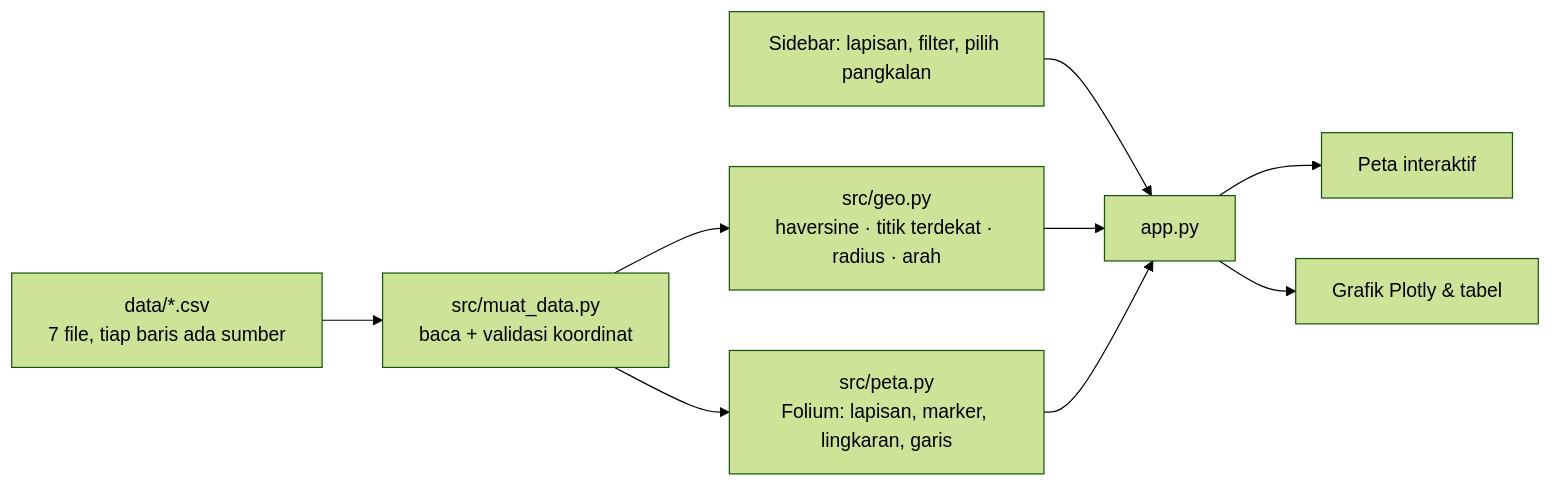
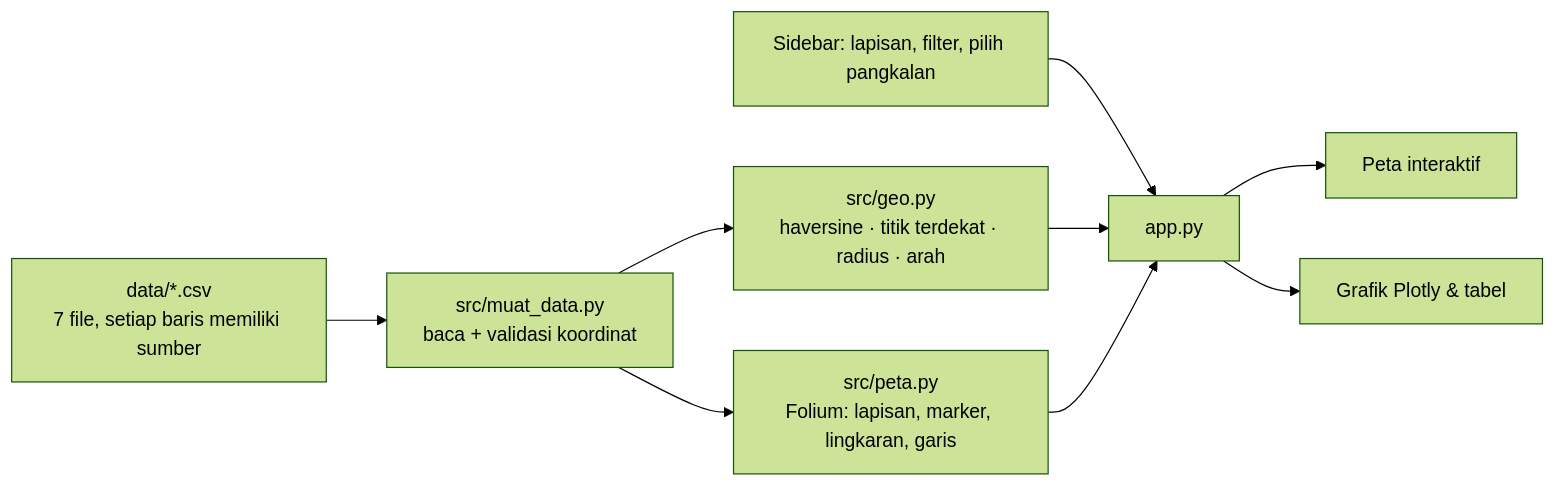
One commit to Avalon2222/indonesia-defense-gis changed the diagram in README.md. Above: the diagram before and after it, drawn with Mermaid (forest theme). The commit also changed other lines of this file and 5 other files, not shown here.

````diff
--- a/README.md
+++ b/README.md
@@ -54,11 +54,11 @@
 ```mermaid
 flowchart LR
-    A[data/*.csv<br/>7 file, tiap baris ada sumber] --> B[src/muat_data.py<br/>baca + validasi koordinat]
+    A[data/*.csv<br/>7 file, setiap baris memiliki sumber] --> B[src/muat_data.py<br/>baca + validasi koordinat]
     B --> C[src/geo.py<br/>haversine · titik terdekat · radius · arah]
     B --> D[src/peta.py<br/>Folium: lapisan, marker, lingkaran, garis]
     S[Sidebar: lapisan, filter, pilih pangkalan] --> E
     C --> E[app.py]
     D --> E
     E --> F[Peta interaktif]
     E --> G[Grafik Plotly & tabel]
 ```
````
